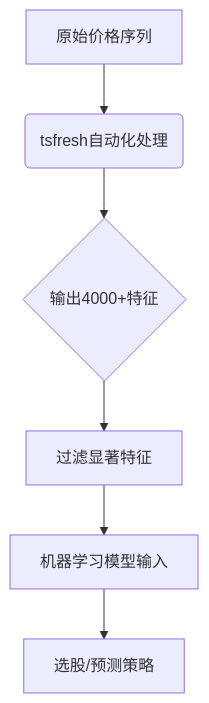
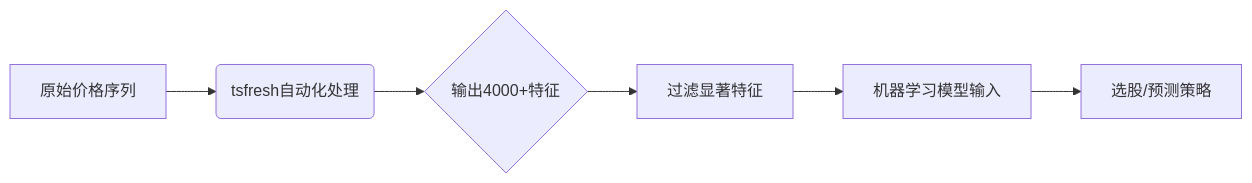
One commit to u588/app changed the first of 2 diagrams in AiStock/0.0.TSFresh自动化特征提取.md. Above: the diagram before and after it, drawn with Mermaid. The commit also changed 6 other files, not shown here.

````diff
--- a/AiStock/0.0.TSFresh自动化特征提取.md
+++ b/AiStock/0.0.TSFresh自动化特征提取.md
@@ -5,8 +5,8 @@
 ```mermaid
-graph TB 
+graph LR 
     A[原始价格序列] --> B(tsfresh自动化处理)
     B --> C{输出4000+特征}
     C --> D[过滤显著特征]
     D --> E[机器学习模型输入]
     E --> F[选股/预测策略]
 ```
````
